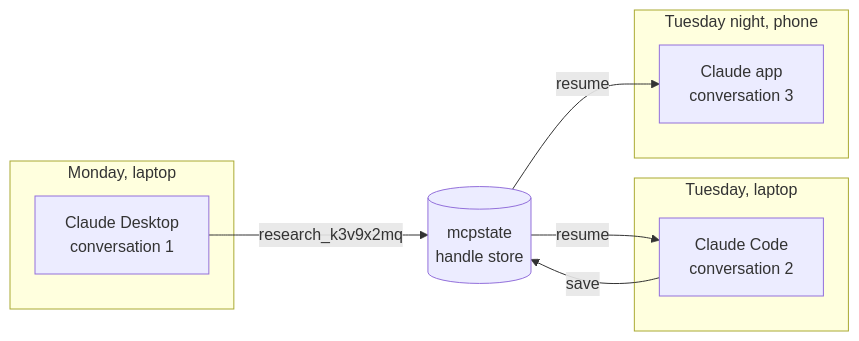
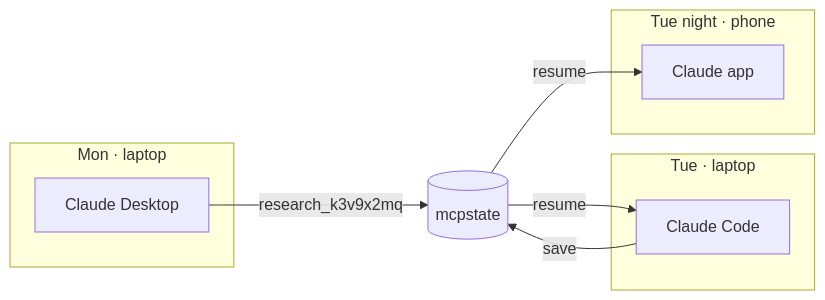
The first of 3 diagrams in README.md (varmabudharaju/mcpstate), drawn with Mermaid before and after one commit. The commit also changed other lines of this file and 8 other files, not shown here.

````diff
--- a/README.md
+++ b/README.md
@@ -34,16 +70,16 @@
 ```mermaid
 flowchart LR
-    subgraph yesterday [Monday, laptop]
-        A[Claude Desktop\nconversation 1]
+    subgraph a [Mon · laptop]
+        A[Claude Desktop]
     end
-    subgraph today [Tuesday, laptop]
-        B[Claude Code\nconversation 2]
+    subgraph b [Tue · laptop]
+        B[Claude Code]
     end
-    subgraph tonight [Tuesday night, phone]
-        C[Claude app\nconversation 3]
+    subgraph c [Tue night · phone]
+        C[Claude app]
     end
-    A -- "research_k3v9x2mq" --> S[(mcpstate\nhandle store)]
+    A -- "research_k3v9x2mq" --> S[(mcpstate)]
     S -- resume --> B
     B -- save --> S
     S -- resume --> C
 ```
````
